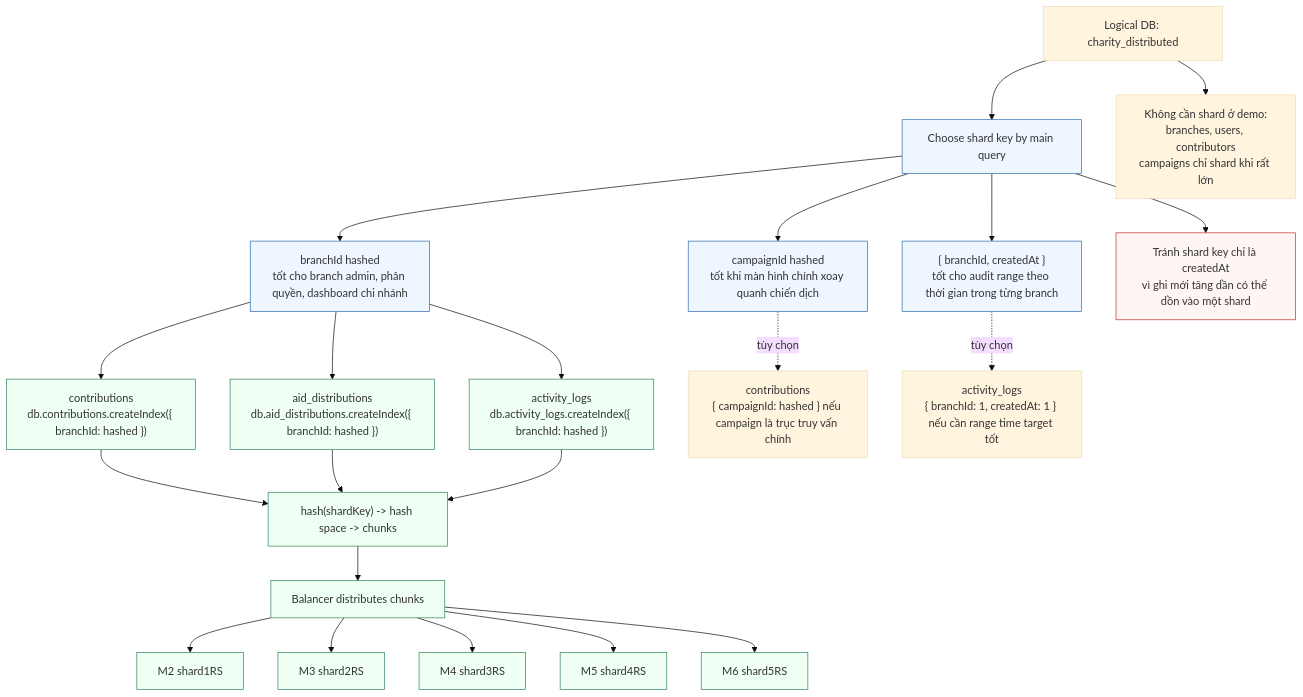
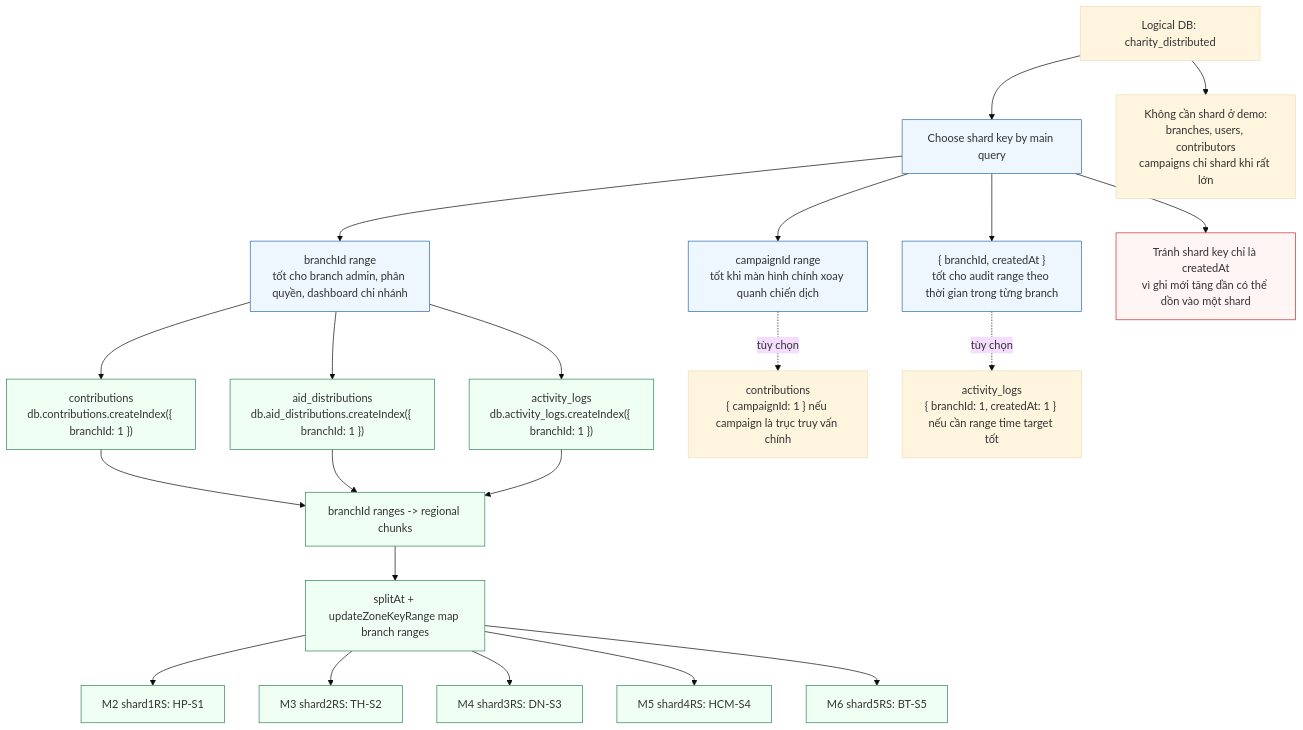
Before and after one commit to Sagitoaz/CSDLPT: diagram 13 of 18 in huong-dan/Thiết kế csdl/16-thiet-ke-csdl-mongodb.md, drawn with Mermaid (base theme). The commit also changed other lines of this file and 7 other files, not shown here.

First line of the commit message:
Refactor sharding strategy for contributions, aid_distributions, and activity_logs to use range-based sharding by { branchId: 1 }

````diff
--- a/huong-dan/Thiết kế csdl/16-thiet-ke-csdl-mongodb.md
+++ b/huong-dan/Thiết kế csdl/16-thiet-ke-csdl-mongodb.md
@@ -1225,39 +1225,39 @@
 ```mermaid
 flowchart TB
     db["Logical DB: charity_distributed"] --> choose["Choose shard key by main query"]
 
-    choose --> bkey["branchId hashed<br/>tốt cho branch admin, phân quyền, dashboard chi nhánh"]
-    choose --> ckey["campaignId hashed<br/>tốt khi màn hình chính xoay quanh chiến dịch"]
+    choose --> bkey["branchId range<br/>tốt cho branch admin, phân quyền, dashboard chi nhánh"]
+    choose --> ckey["campaignId range<br/>tốt khi màn hình chính xoay quanh chiến dịch"]
     choose --> timekey["{ branchId, createdAt }<br/>tốt cho audit range theo thời gian trong từng branch"]
 
-    bkey --> sharded1["contributions<br/>db.contributions.createIndex({ branchId: hashed })"]
-    bkey --> sharded2["aid_distributions<br/>db.aid_distributions.createIndex({ branchId: hashed })"]
-    bkey --> sharded3["activity_logs<br/>db.activity_logs.createIndex({ branchId: hashed })"]
+    bkey --> sharded1["contributions<br/>db.contributions.createIndex({ branchId: 1 })"]
+    bkey --> sharded2["aid_distributions<br/>db.aid_distributions.createIndex({ branchId: 1 })"]
+    bkey --> sharded3["activity_logs<br/>db.activity_logs.createIndex({ branchId: 1 })"]
 
-    ckey -. tùy chọn .-> alt1["contributions<br/>{ campaignId: hashed } nếu campaign là trục truy vấn chính"]
+    ckey -. tùy chọn .-> alt1["contributions<br/>{ campaignId: 1 } nếu campaign là trục truy vấn chính"]
     timekey -. tùy chọn .-> alt2["activity_logs<br/>{ branchId: 1, createdAt: 1 } nếu cần range time target tốt"]
 
-    sharded1 --> hash["hash(shardKey) -> hash space -> chunks"]
-    sharded2 --> hash
-    sharded3 --> hash
+    sharded1 --> range["branchId ranges -> regional chunks"]
+    sharded2 --> range
+    sharded3 --> range
 
-    hash --> balancer["Balancer distributes chunks"]
-    balancer --> m2["M2 shard1RS"]
-    balancer --> m3["M3 shard2RS"]
-    balancer --> m4["M4 shard3RS"]
-    balancer --> m5["M5 shard4RS"]
-    balancer --> m6["M6 shard5RS"]
+    range --> zones["splitAt + updateZoneKeyRange map branch ranges"]
+    zones --> m2["M2 shard1RS: HP-S1"]
+    zones --> m3["M3 shard2RS: TH-S2"]
+    zones --> m4["M4 shard3RS: DN-S3"]
+    zones --> m5["M5 shard4RS: HCM-S4"]
+    zones --> m6["M6 shard5RS: BT-S5"]
 
     no_shard["Không cần shard ở demo:<br/>branches, users, contributors<br/>campaigns chỉ shard khi rất lớn"]
     db --> no_shard
 
     warning["Tránh shard key chỉ là createdAt<br/>vì ghi mới tăng dần có thể dồn vào một shard"]
     choose --> warning
 
     classDef shard fill:#f0fff4,stroke:#2f855a,stroke-width:1px;
     classDef key fill:#eef6ff,stroke:#2b6cb0,stroke-width:1px;
     classDef warn fill:#fff5f5,stroke:#c53030,stroke-width:1px;
     class bkey,ckey,timekey,key,choose key;
-    class sharded1,sharded2,sharded3,hash,balancer,m2,m3,m4,m5,m6 shard;
+    class sharded1,sharded2,sharded3,range,zones,m2,m3,m4,m5,m6 shard;
     class warning warn;
 ```
````
